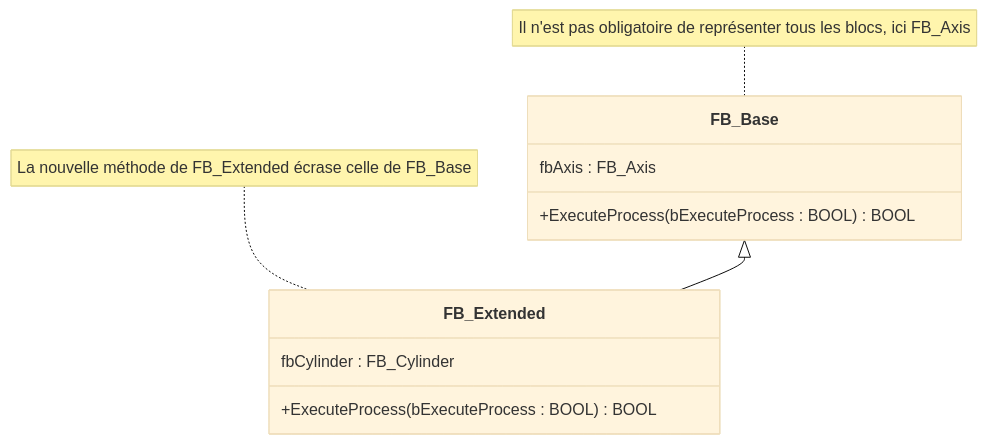
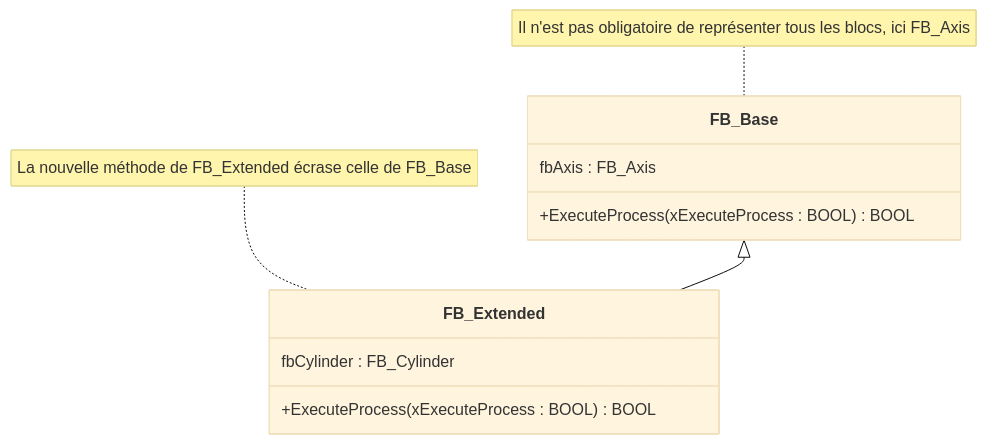
Before and after one commit to hei-synd-aaut/aaut-docs: the fifth of 8 diagrams in AAut_MOD_01_IEC_61131_OOP_Introduction/README Reference.md, drawn with Mermaid (base theme). The commit also changed other lines of this file and 1 other file, not shown here.

````diff
--- a/AAut_MOD_01_IEC_61131_OOP_Introduction/README Reference.md
+++ b/AAut_MOD_01_IEC_61131_OOP_Introduction/README Reference.md
@@ -819,17 +819,17 @@
 ```mermaid
 classDiagram
     class FB_Base {
         fbAxis : FB_Axis
-        +ExecuteProcess(bExecuteProcess : BOOL) BOOL
+        +ExecuteProcess(xExecuteProcess : BOOL) BOOL
     }
     
     class FB_Extended {
         fbCylinder : FB_Cylinder
-        +ExecuteProcess(bExecuteProcess : BOOL) BOOL
+        +ExecuteProcess(xExecuteProcess : BOOL) BOOL
     }
 
     FB_Base <|-- FB_Extended
 
 note for FB_Extended "La nouvelle méthode de FB_Extended écrase celle de FB_Base"
 note for FB_Base "Il n'est pas obligatoire de représenter tous les blocs, ici FB_Axis"  
 ```
````
